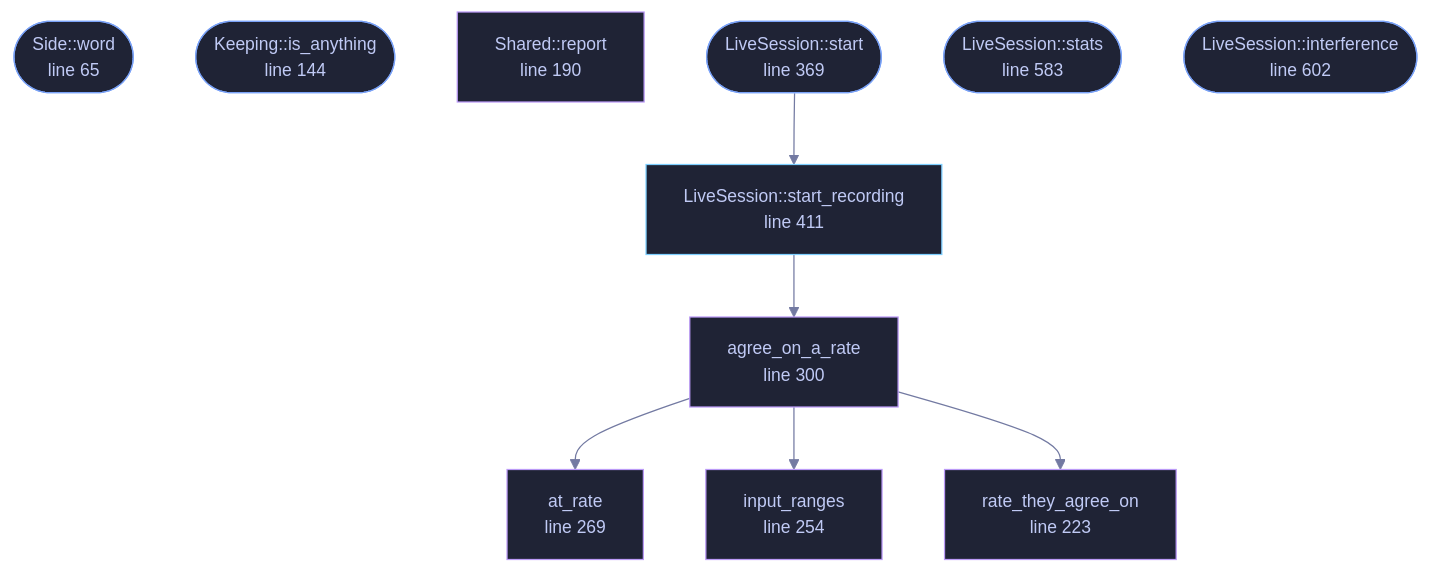
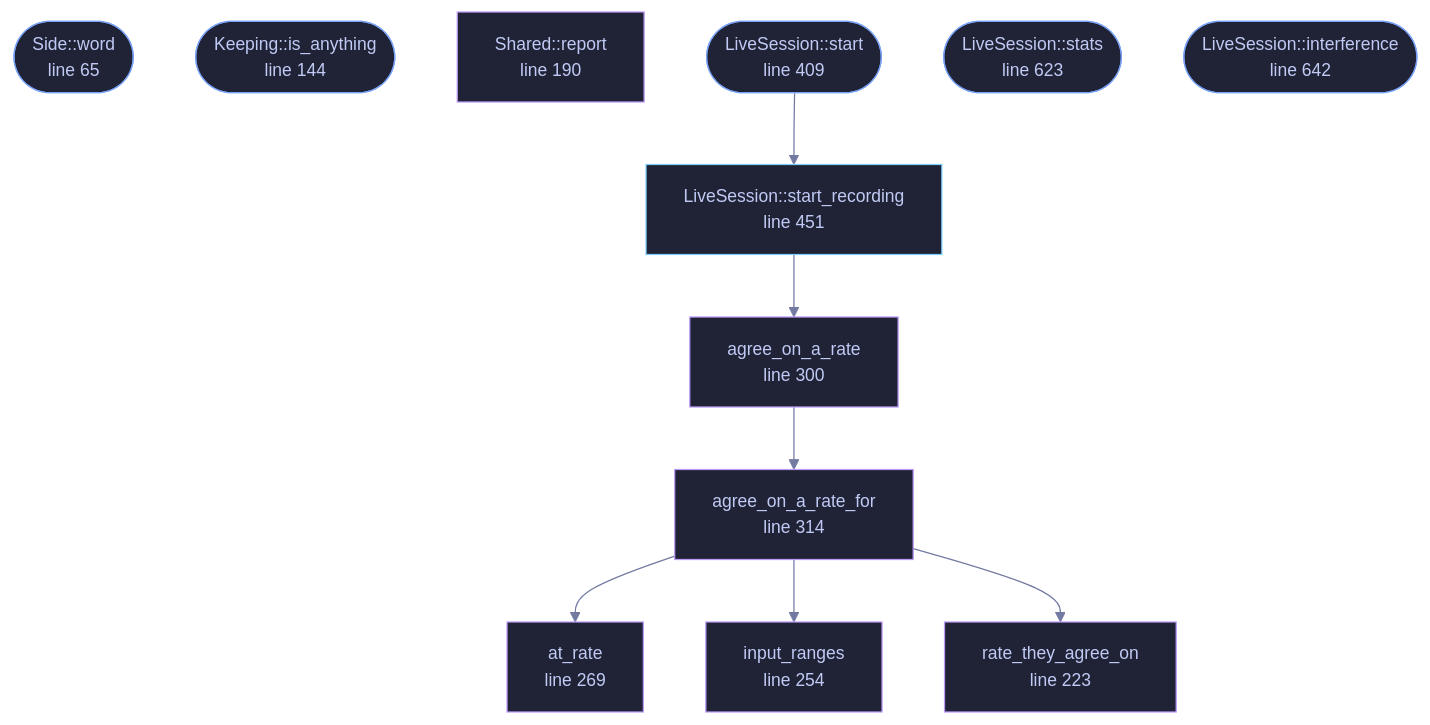
One commit to tilas01/veilvoice changed the diagram in docs/files/veilvoice-audio/live.md. Above: the diagram before and after it, drawn with Mermaid. The commit also changed other lines of this file and 37 other files, not shown here.

````diff
--- a/docs/files/veilvoice-audio/live.md
+++ b/docs/files/veilvoice-audio/live.md
@@ -107,37 +107,40 @@
 ```mermaid
 %%{init: {"theme":"base","themeVariables":{"background":"#1a1b26","primaryColor":"#1f2335","primaryTextColor":"#c0caf5","primaryBorderColor":"#7aa2f7","secondaryColor":"#16161e","tertiaryColor":"#16161e","lineColor":"#737aa2","textColor":"#c0caf5","mainBkg":"#1f2335","nodeBorder":"#7aa2f7","clusterBkg":"#16161e","clusterBorder":"#2f3549","fontFamily":"ui-monospace, SFMono-Regular, Consolas, monospace","fontSize":"14px"}}}%%
 flowchart TD
     n_word(["Side::word<br/>line 65"])
     n_is_anything(["Keeping::is_anything<br/>line 144"])
     n_report["Shared::report<br/>line 190"]
     n_rate_they_agree_on["rate_they_agree_on<br/>line 223"]
     n_input_ranges["input_ranges<br/>line 254"]
     n_at_rate["at_rate<br/>line 269"]
     n_agree_on_a_rate["agree_on_a_rate<br/>line 300"]
-    n_start(["LiveSession::start<br/>line 369"])
-    n_start_recording["LiveSession::start_recording<br/>line 411"]
-    n_stats(["LiveSession::stats<br/>line 583"])
-    n_interference(["LiveSession::interference<br/>line 602"])
-    n_agree_on_a_rate --> n_at_rate
-    n_agree_on_a_rate --> n_input_ranges
-    n_agree_on_a_rate --> n_rate_they_agree_on
+    n_agree_on_a_rate_for["agree_on_a_rate_for<br/>line 314"]
+    n_start(["LiveSession::start<br/>line 409"])
+    n_start_recording["LiveSession::start_recording<br/>line 451"]
+    n_stats(["LiveSession::stats<br/>line 623"])
+    n_interference(["LiveSession::interference<br/>line 642"])
+    n_agree_on_a_rate --> n_agree_on_a_rate_for
+    n_agree_on_a_rate_for --> n_at_rate
+    n_agree_on_a_rate_for --> n_input_ranges
+    n_agree_on_a_rate_for --> n_rate_they_agree_on
     n_start --> n_start_recording
     n_start_recording --> n_agree_on_a_rate
     click n_word href "https://github.com/tilas01/veilvoice/blob/main/crates/veilvoice-audio/src/live.rs#L65" "open the source"
     click n_is_anything href "https://github.com/tilas01/veilvoice/blob/main/crates/veilvoice-audio/src/live.rs#L144" "open the source"
     click n_report href "https://github.com/tilas01/veilvoice/blob/main/crates/veilvoice-audio/src/live.rs#L190" "open the source"
     click n_rate_they_agree_on href "https://github.com/tilas01/veilvoice/blob/main/crates/veilvoice-audio/src/live.rs#L223" "open the source"
     click n_input_ranges href "https://github.com/tilas01/veilvoice/blob/main/crates/veilvoice-audio/src/live.rs#L254" "open the source"
     click n_at_rate href "https://github.com/tilas01/veilvoice/blob/main/crates/veilvoice-audio/src/live.rs#L269" "open the source"
     click n_agree_on_a_rate href "https://github.com/tilas01/veilvoice/blob/main/crates/veilvoice-audio/src/live.rs#L300" "open the source"
-    click n_start href "https://github.com/tilas01/veilvoice/blob/main/crates/veilvoice-audio/src/live.rs#L369" "open the source"
-    click n_start_recording href "https://github.com/tilas01/veilvoice/blob/main/crates/veilvoice-audio/src/live.rs#L411" "open the source"
-    click n_stats href "https://github.com/tilas01/veilvoice/blob/main/crates/veilvoice-audio/src/live.rs#L583" "open the source"
-    click n_interference href "https://github.com/tilas01/veilvoice/blob/main/crates/veilvoice-audio/src/live.rs#L602" "open the source"
+    click n_agree_on_a_rate_for href "https://github.com/tilas01/veilvoice/blob/main/crates/veilvoice-audio/src/live.rs#L314" "open the source"
+    click n_start href "https://github.com/tilas01/veilvoice/blob/main/crates/veilvoice-audio/src/live.rs#L409" "open the source"
+    click n_start_recording href "https://github.com/tilas01/veilvoice/blob/main/crates/veilvoice-audio/src/live.rs#L451" "open the source"
+    click n_stats href "https://github.com/tilas01/veilvoice/blob/main/crates/veilvoice-audio/src/live.rs#L623" "open the source"
+    click n_interference href "https://github.com/tilas01/veilvoice/blob/main/crates/veilvoice-audio/src/live.rs#L642" "open the source"
     classDef entry fill:#1f2335,stroke:#7aa2f7,color:#c0caf5
     class n_word,n_is_anything,n_start,n_stats,n_interference entry
     classDef api fill:#1f2335,stroke:#7dcfff,color:#c0caf5
     class n_start_recording api
     classDef helper fill:#1f2335,stroke:#bb9af7,color:#c0caf5
-    class n_report,n_rate_they_agree_on,n_input_ranges,n_at_rate,n_agree_on_a_rate helper
+    class n_report,n_rate_they_agree_on,n_input_ranges,n_at_rate,n_agree_on_a_rate,n_agree_on_a_rate_for helper
 ```
````
